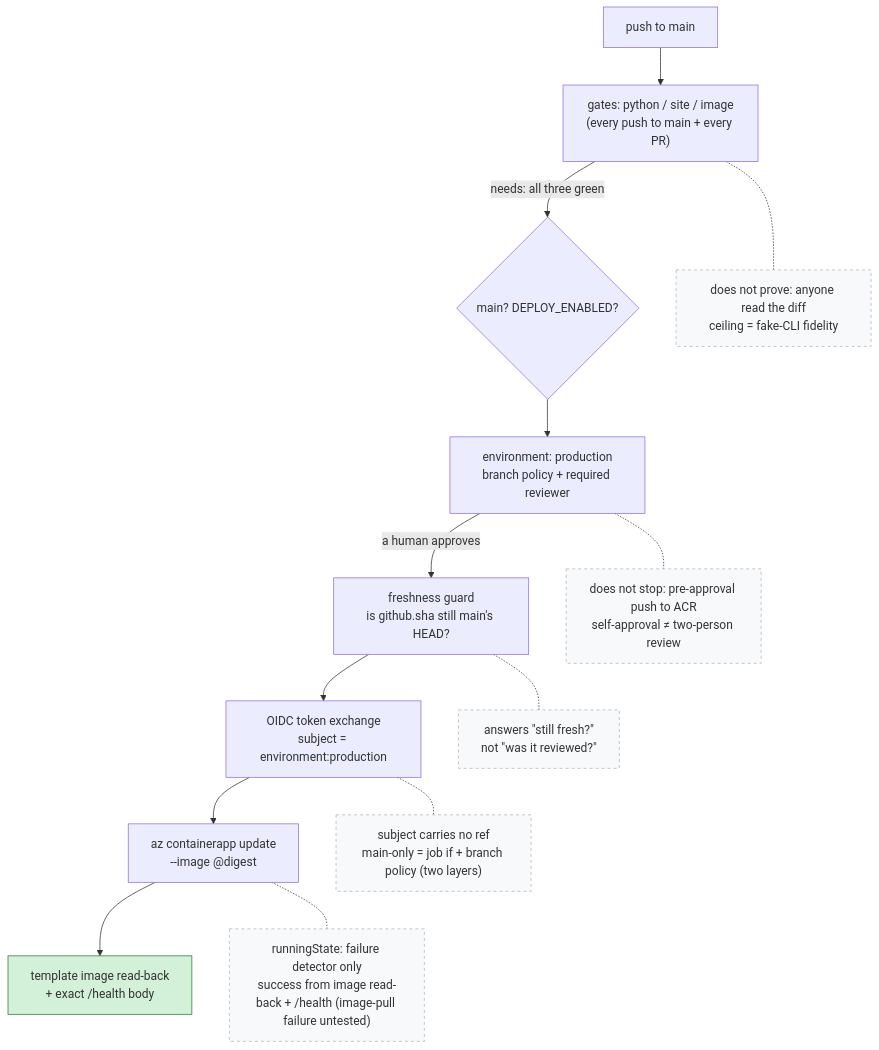
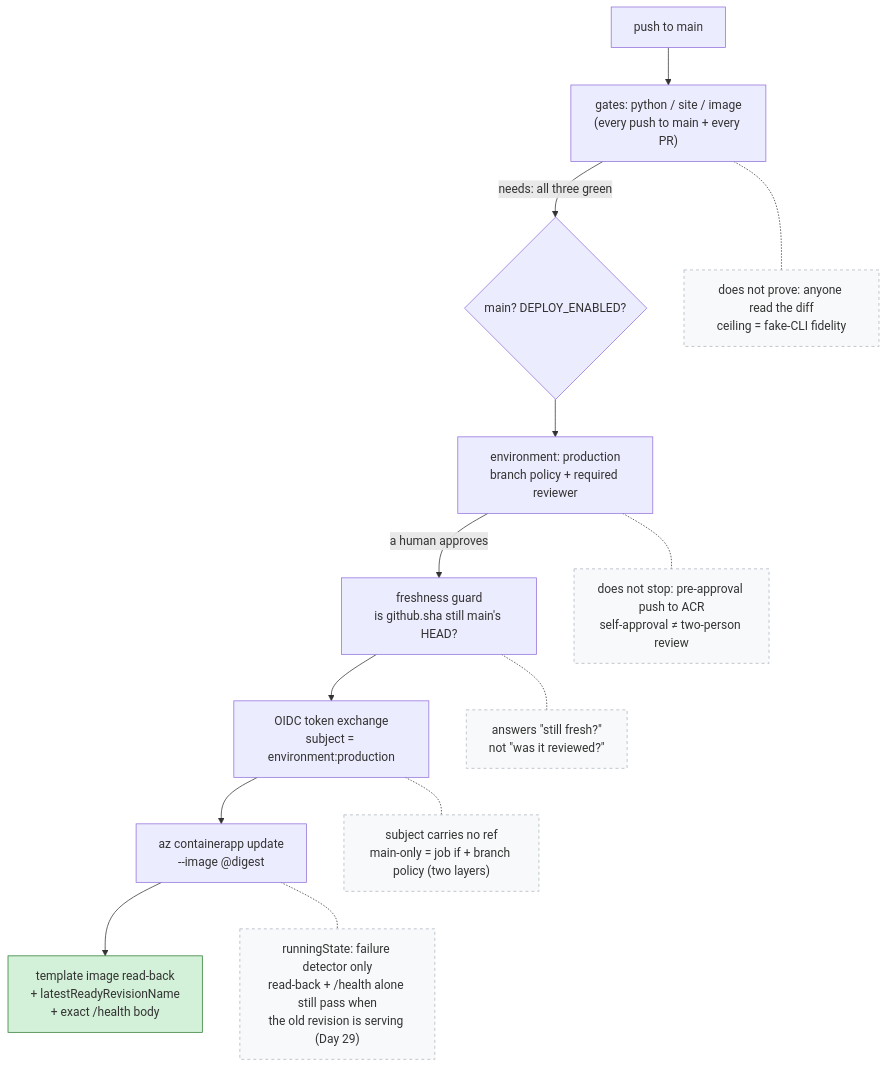
Before and after one commit to kehao-playground/azure-genai-backend-lab: the diagram in docs/diagrams/cicd-defense-boundaries.md, drawn with Mermaid. The commit also changed other lines of this file and 1 other file, not shown here.

Commit message:
docs: refresh the CI/CD defense diagram for the Day 29 readiness gate

````diff
--- a/docs/diagrams/cicd-defense-boundaries.md
+++ b/docs/diagrams/cicd-defense-boundaries.md
@@ -26,23 +30,23 @@
 ```mermaid
 flowchart TD
     P["push to main"] --> G["gates: python / site / image<br/>(every push to main + every PR)"]
     G -->|"needs: all three green"| Q{"main? DEPLOY_ENABLED?"}
     Q --> E["environment: production<br/>branch policy + required reviewer"]
     E -->|"a human approves"| F["freshness guard<br/>is github.sha still main's HEAD?"]
     F --> O["OIDC token exchange<br/>subject = environment:production"]
     O --> D["az containerapp update<br/>--image @digest"]
-    D --> H["template image read-back<br/>+ exact /health body"]
+    D --> H["template image read-back<br/>+ latestReadyRevisionName<br/>+ exact /health body"]
 
     G -.- gN["does not prove: anyone read the diff<br/>ceiling = fake-CLI fidelity"]
     E -.- eN["does not stop: pre-approval push to ACR<br/>self-approval &ne; two-person review"]
     F -.- fN["answers &quot;still fresh?&quot;<br/>not &quot;was it reviewed?&quot;"]
     O -.- oN["subject carries no ref<br/>main-only = job if + branch policy (two layers)"]
-    D -.- dN["runningState: failure detector only<br/>success from image read-back + /health (image-pull failure untested)"]
+    D -.- dN["runningState: failure detector only<br/>read-back + /health alone still pass when<br/>the old revision is serving (Day 29)"]
 
     style H fill:#d3f0d8,stroke:#2e7d32
     style gN fill:#f8f9fa,stroke:#adb5bd,stroke-dasharray:4
     style eN fill:#f8f9fa,stroke:#adb5bd,stroke-dasharray:4
     style fN fill:#f8f9fa,stroke:#adb5bd,stroke-dasharray:4
     style oN fill:#f8f9fa,stroke:#adb5bd,stroke-dasharray:4
     style dN fill:#f8f9fa,stroke:#adb5bd,stroke-dasharray:4
 ```
````
